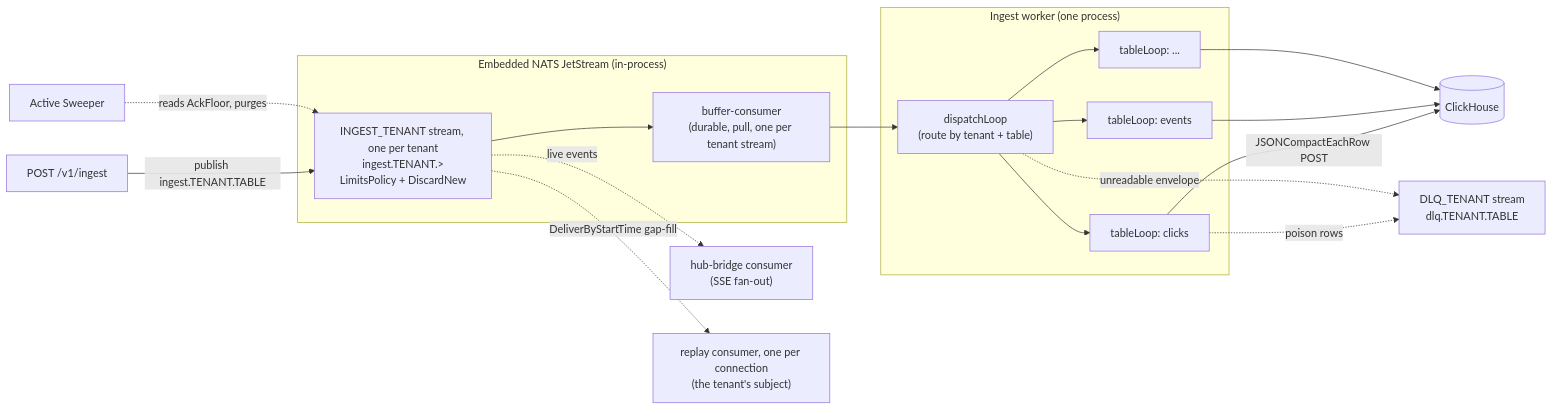
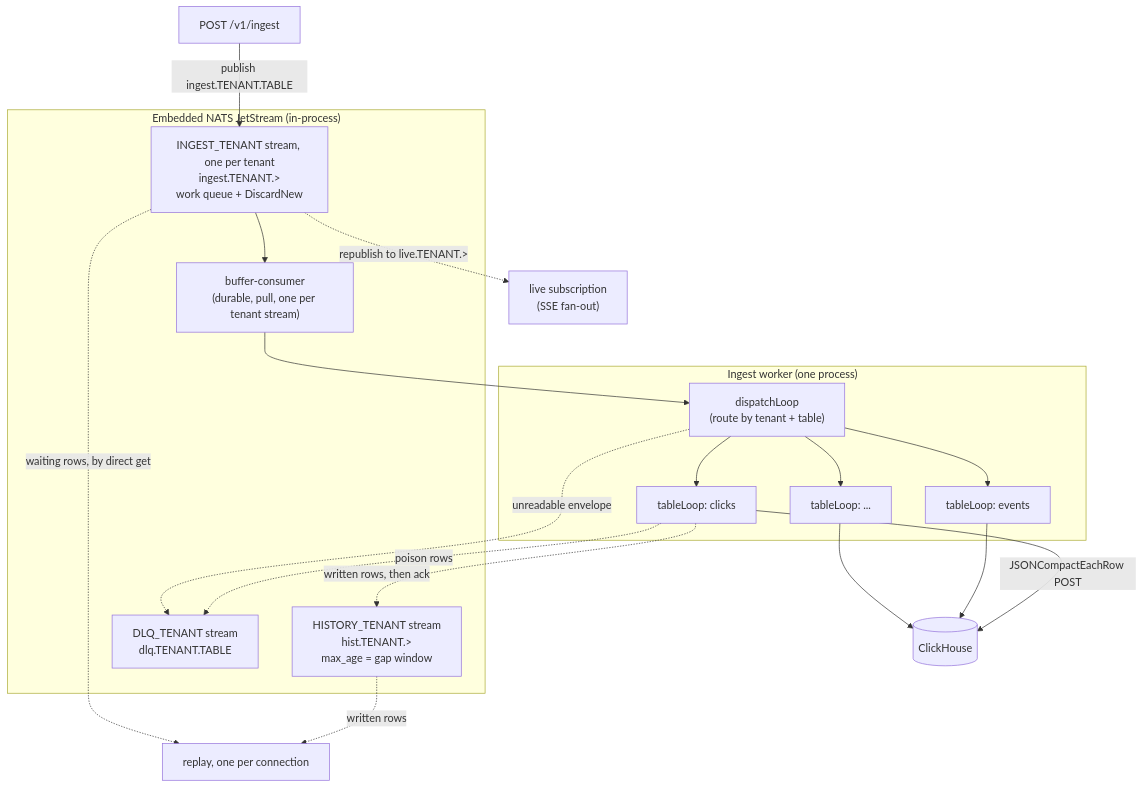
Before and after one commit to Wave-RF/WaveHouse: the first of 7 diagrams in docs/src/content/docs/ingest-pipeline.md, drawn with Mermaid. The commit also changed other lines of this file and 89 other files, not shown here.

Commit message:
fix(mq): work-queue ingest with a worker-written replay history

````diff
--- a/docs/src/content/docs/ingest-pipeline.md
+++ b/docs/src/content/docs/ingest-pipeline.md
@@ -32,29 +31,32 @@
 ```mermaid
-flowchart LR
+flowchart TB
     API["POST /v1/ingest"] -->|"publish ingest.TENANT.TABLE"| Stream
 
     subgraph NATS["Embedded NATS JetStream (in-process)"]
-        Stream["INGEST_TENANT stream, one per tenant<br/>ingest.TENANT.><br/>LimitsPolicy + DiscardNew"]
+        Stream["INGEST_TENANT stream, one per tenant<br/>ingest.TENANT.><br/>work queue + DiscardNew"]
         Cons["buffer-consumer<br/>(durable, pull, one per tenant stream)"]
+        History["HISTORY_TENANT stream<br/>hist.TENANT.><br/>max_age = gap window"]
+        DLQ["DLQ_TENANT stream<br/>dlq.TENANT.TABLE"]
         Stream --> Cons
     end
 
     Cons --> D
 
     subgraph Worker["Ingest worker (one process)"]
         D["dispatchLoop<br/>(route by tenant + table)"]
         D --> TLa["tableLoop: clicks"]
         D --> TLb["tableLoop: events"]
         D --> TLc["tableLoop: ..."]
     end
 
     TLa -->|"JSONCompactEachRow POST"| CH[("ClickHouse")]
     TLb --> CH
     TLc --> CH
-    TLa -.->|"poison rows"| DLQ["DLQ_TENANT stream<br/>dlq.TENANT.TABLE"]
+    TLa -.->|"written rows, then ack"| History
+    TLa -.->|"poison rows"| DLQ
     D -.->|"unreadable envelope"| DLQ
 
-    Sweep["Active Sweeper"] -.->|"reads AckFloor, purges"| Stream
-    Stream -.->|"live events"| Hub["hub-bridge consumer<br/>(SSE fan-out)"]
-    Stream -.->|"DeliverByStartTime gap-fill"| Replay["replay consumer, one per connection<br/>(the tenant's subject)"]
+    Stream -.->|"republish to live.TENANT.>"| Hub["live subscription<br/>(SSE fan-out)"]
+    History -.->|"written rows"| Replay["replay, one per connection"]
+    Stream -.->|"waiting rows, by direct get"| Replay
 ```
````
